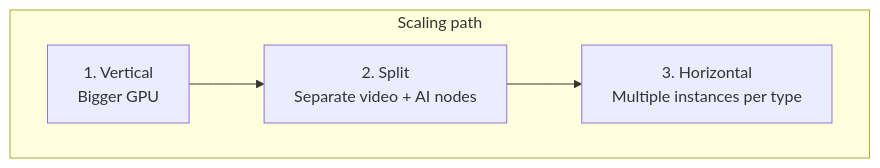
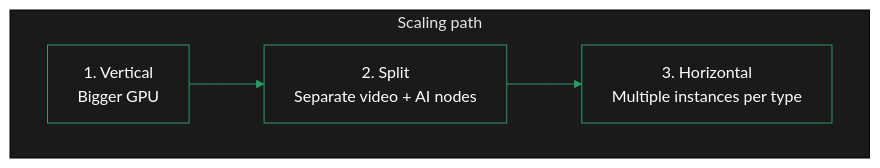
The diagram in v2/gateways/guides/advanced-operations/scaling.mdx (sidestream-tech/livepeer-docs), drawn with Mermaid before and after one commit. The commit also changed 18 other files, not shown here.

````diff
--- a/v2/gateways/guides/advanced-operations/scaling.mdx
+++ b/v2/gateways/guides/advanced-operations/scaling.mdx
@@ -229,8 +229,8 @@
         ```mermaid
-        %%{init: {'theme': 'base', 'themeVariables': { 'primaryColor': '#2b9a66', 'primaryTextColor': '#E0E4E0', 'primaryBorderColor': '#18794E', 'lineColor': '#2b9a66', 'secondaryColor': '#1a1a1a', 'tertiaryColor': '#3CB540', 'background': '#0d0d0d', 'fontFamily': "Inter, 'Inter Fallback', -apple-system, system-ui" }}}%%
+        %%{init: {'theme': 'base', 'themeVariables': { 'primaryColor': '#1a1a1a', 'primaryTextColor': '#fff', 'primaryBorderColor': '#2d9a67', 'lineColor': '#2d9a67', 'secondaryColor': '#0d0d0d', 'tertiaryColor': '#1a1a1a', 'background': '#0d0d0d', 'fontFamily': 'system-ui' }}}%%
         flowchart LR
             subgraph Scale["Scaling path"]
             direction LR
             S1["1. Vertical\nBigger GPU"] --> S2["2. Split\nSeparate video + AI nodes"] --> S3["3. Horizontal\nMultiple instances per type"]
             end
         ```
````
